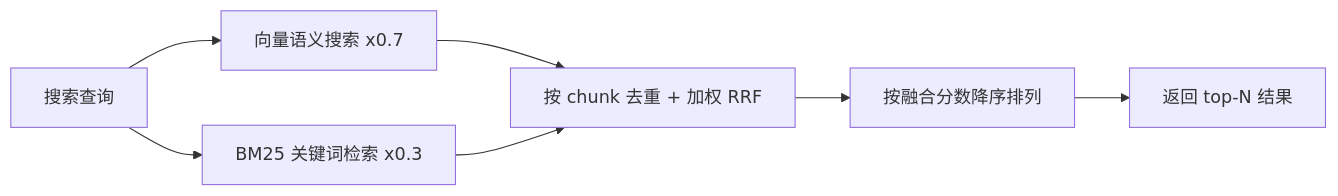
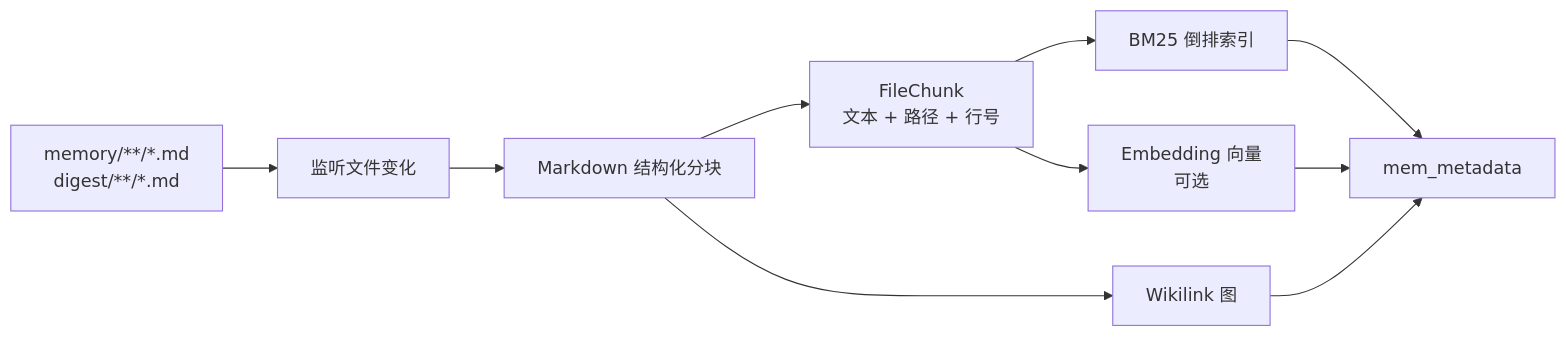
The third of 3 diagrams in website/public/docs/memory.zh.md (1105623876/QwenPaw), drawn with Mermaid before and after one commit. The commit also changed other lines of this file and 13 other files, not shown here.

First line of the commit message:
docs(memory): add embedding model configuration guide (#6771)

````diff
--- a/website/public/docs/memory.zh.md
+++ b/website/public/docs/memory.zh.md
@@ -203,9 +324,12 @@
 ```mermaid
-graph LR
-    Query[搜索查询] --> Vector[向量语义搜索 x0.7]
-    Query --> BM25[BM25 关键词检索 x0.3]
-    Vector --> Merge[按 chunk 去重 + 加权 RRF]
-    BM25 --> Merge
-    Merge --> Sort[按融合分数降序排列]
-    Sort --> Results[返回 top-N 结果]
+flowchart LR
+    A[memory/**/*.md<br/>digest/**/*.md] --> B[监听文件变化]
+    B --> C[Markdown 结构化分块]
+    C --> D[FileChunk<br/>文本 + 路径 + 行号]
+    D --> E[BM25 倒排索引]
+    D --> F[Embedding 向量<br/>可选]
+    C --> G[Wikilink 图]
+    E --> H[mem_metadata]
+    F --> H
+    G --> H
 ```
````
